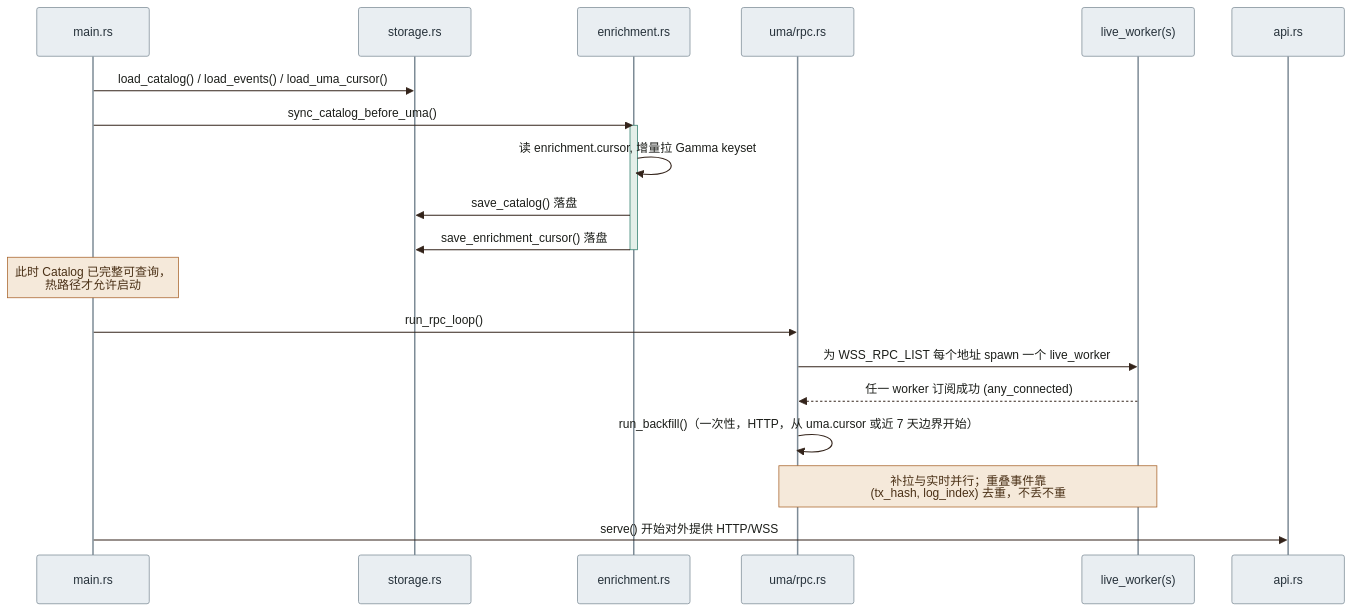
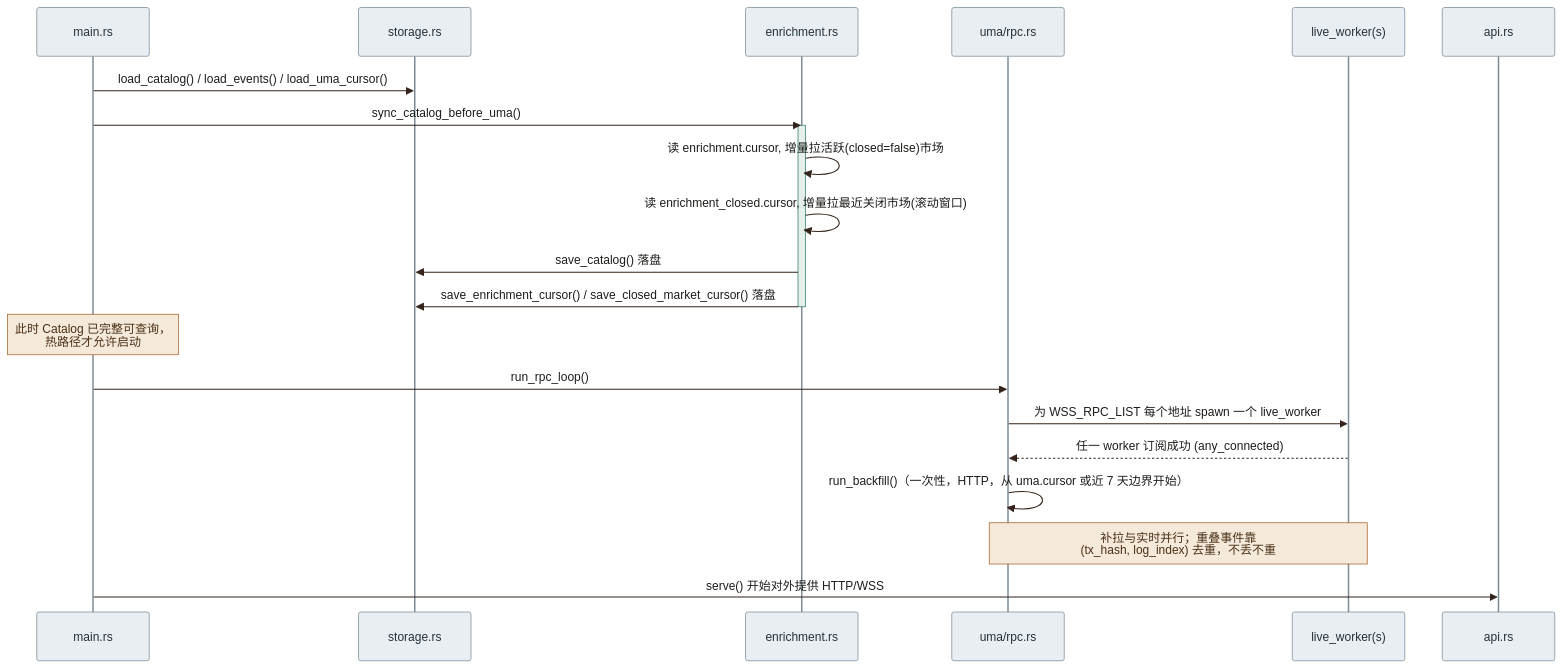
Before and after one commit to polymas/rust_uma: the second of 3 diagrams in docs/ARCHITECTURE.md, drawn with Mermaid. The commit also changed other lines of this file and 8 other files, not shown here.

````diff
--- a/docs/ARCHITECTURE.md
+++ b/docs/ARCHITECTURE.md
@@ -107,32 +107,33 @@
 ```mermaid
 %%{init: {"theme": "base", "themeVariables": {
     "primaryColor": "#e9eef2", "primaryBorderColor": "#7d8b96", "primaryTextColor": "#26313a",
     "actorBkg": "#e9eef2", "actorBorder": "#7d8b96", "actorTextColor": "#26313a",
     "activationBkgColor": "#e4efe9", "activationBorderColor": "#2f7d6c",
     "noteBkgColor": "#f5e9da", "noteBorderColor": "#a8632a", "noteTextColor": "#4a3016",
     "lineColor": "#8a8878", "signalColor": "#33231a", "signalTextColor": "#1c1e1a",
     "sequenceNumberColor": "#ffffff"
 }}}%%
 sequenceDiagram
     participant Main as main.rs
     participant Storage as storage.rs
     participant Gamma as enrichment.rs
     participant Rpc as uma/rpc.rs
     participant Live as live_worker(s)
     participant Api as api.rs
 
     Main->>Storage: load_catalog() / load_events() / load_uma_cursor()
     Main->>Gamma: sync_catalog_before_uma()
     activate Gamma
-    Gamma->>Gamma: 读 enrichment.cursor, 增量拉 Gamma keyset
+    Gamma->>Gamma: 读 enrichment.cursor, 增量拉活跃(closed=false)市场
+    Gamma->>Gamma: 读 enrichment_closed.cursor, 增量拉最近关闭市场(滚动窗口)
     Gamma->>Storage: save_catalog() 落盘
-    Gamma->>Storage: save_enrichment_cursor() 落盘
+    Gamma->>Storage: save_enrichment_cursor() / save_closed_market_cursor() 落盘
     deactivate Gamma
     Note over Main: 此时 Catalog 已完整可查询，<br/>热路径才允许启动
     Main->>Rpc: run_rpc_loop()
     Rpc->>Live: 为 WSS_RPC_LIST 每个地址 spawn 一个 live_worker
     Live-->>Rpc: 任一 worker 订阅成功 (any_connected)
     Rpc->>Rpc: run_backfill()（一次性，HTTP，从 uma.cursor 或近 7 天边界开始）
     Note over Live,Rpc: 补拉与实时并行；重叠事件靠<br/>(tx_hash, log_index) 去重，不丢不重
     Main->>Api: serve() 开始对外提供 HTTP/WSS
 ```
````
